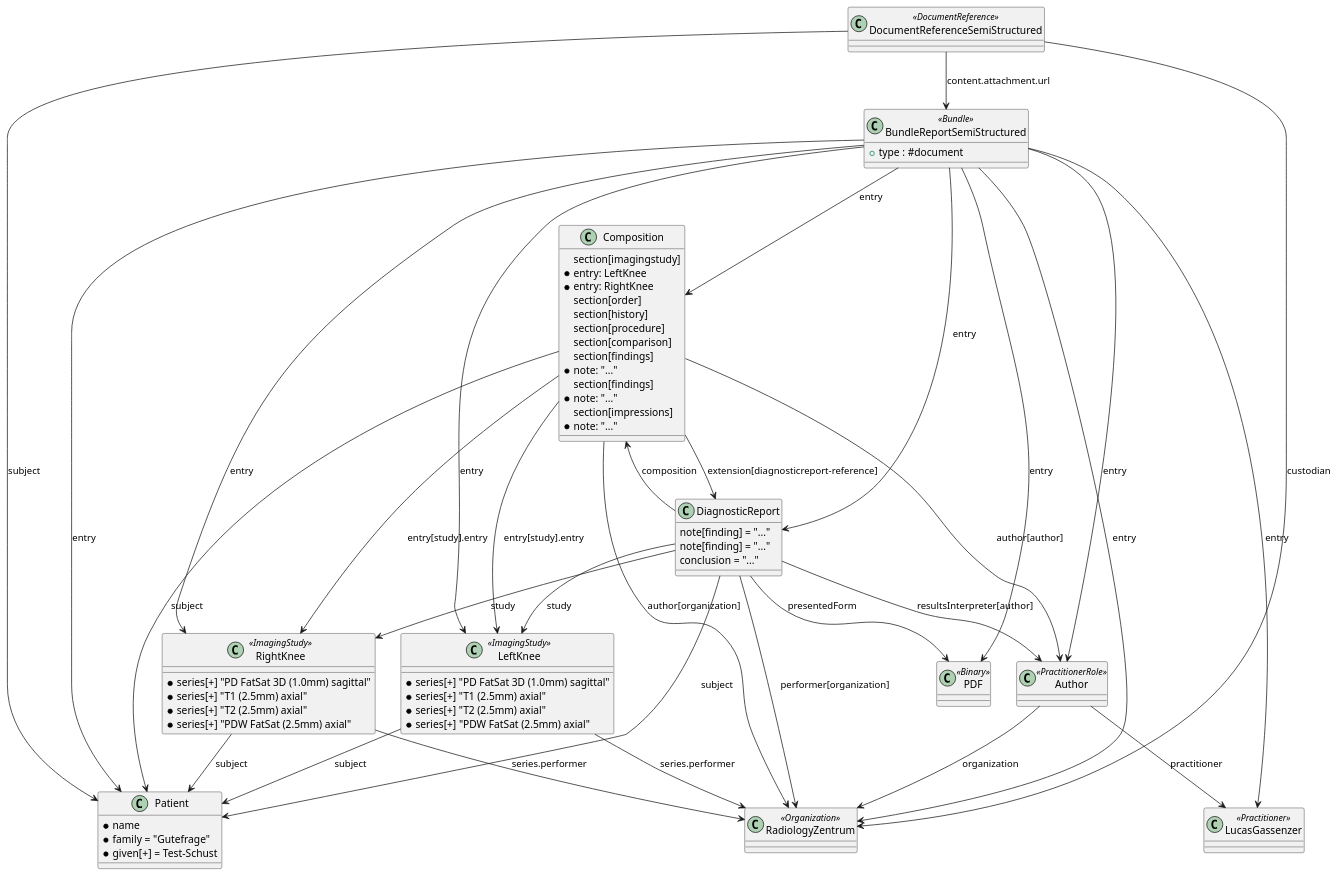
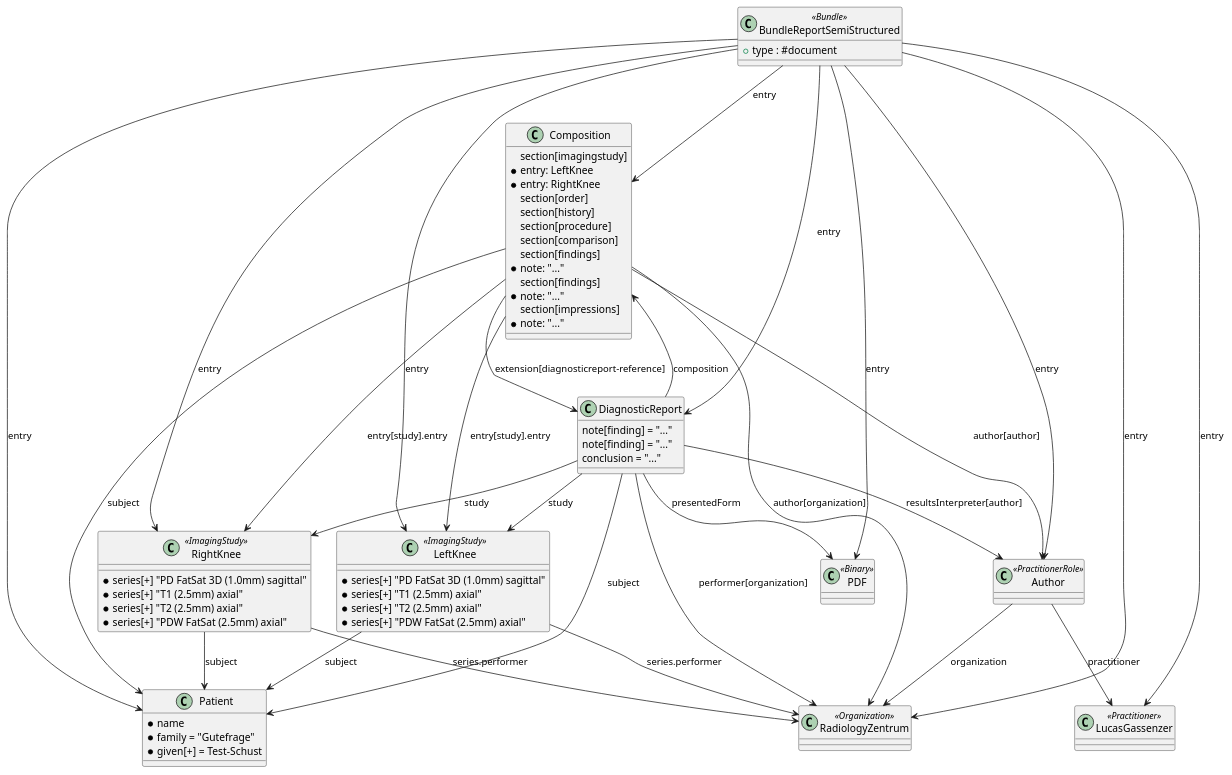
One commit to hl7-eu/imaging changed the diagram in ig-src/input/images-source/example-semi-structured.plantuml. Above: the diagram before and after it, drawn with PlantUML. The commit also changed 51 other files, not shown here.

```diff
--- a/ig-src/input/images-source/example-semi-structured.plantuml
+++ b/ig-src/input/images-source/example-semi-structured.plantuml
@@ -1,89 +1,84 @@
 @startuml
-    DocumentReferenceSemiStructured --> BundleReportSemiStructured: content.attachment.url
-    DocumentReferenceSemiStructured --> Patient: subject
-    DocumentReferenceSemiStructured --> RadiologyZentrum: custodian
-
     BundleReportSemiStructured --> Composition: entry
     BundleReportSemiStructured --> DiagnosticReport: entry
     BundleReportSemiStructured --> Patient: entry
     BundleReportSemiStructured --> LeftKnee: entry
     BundleReportSemiStructured --> RightKnee: entry
     BundleReportSemiStructured --> Author: entry
     BundleReportSemiStructured --> RadiologyZentrum: entry
     BundleReportSemiStructured --> LucasGassenzer: entry
     BundleReportSemiStructured --> PDF: entry
 
     DiagnosticReport --> Composition: composition
     DiagnosticReport --> PDF: presentedForm
     DiagnosticReport --> Patient: subject
     DiagnosticReport --> LeftKnee: study
     DiagnosticReport --> RightKnee: study
     DiagnosticReport --> Author: resultsInterpreter[author]
     DiagnosticReport --> RadiologyZentrum: performer[organization]
     
     LeftKnee --> Patient: subject
     LeftKnee --> RadiologyZentrum: series.performer
     RightKnee --> Patient: subject
     RightKnee --> RadiologyZentrum: series.performer
 
     Composition --> Patient: subject
     Composition --> DiagnosticReport: extension[diagnosticreport-reference]
     Composition --> Author: author[author]
     Composition --> RadiologyZentrum: author[organization]
     Composition --> LeftKnee : entry[study].entry
     Composition --> RightKnee: entry[study].entry
     
     Author --> RadiologyZentrum: organization
     Author --> LucasGassenzer: practitioner
 
-        class DocumentReferenceSemiStructured <<DocumentReference>> [[./DocumentReference-DocumentReferenceSemiStructured.html]]
         class BundleReportSemiStructured <<Bundle>> [[./Bundle-bundle-report-semi-structured.html]] {
             +type : #document
         }
 
         class Author <<PractitionerRole>>
     class RadiologyZentrum <<Organization>>
     class LucasGassenzer <<Practitioner>>
 
     class Patient{
         * name 
           * family = "Gutefrage"
           * given[+] = Test-Schust
     }
     class LeftKnee <<ImagingStudy>>  [[./ImagingStudy-ImagingStudySemiStructuredReport1.html]] {
         * series[+] "PD FatSat 3D (1.0mm) sagittal"
         * series[+] "T1 (2.5mm) axial"
         * series[+] "T2 (2.5mm) axial"
         * series[+] "PDW FatSat (2.5mm) axial"
     }
     class RightKnee <<ImagingStudy>> [[./ImagingStudy-ImagingStudySemiStructuredReport2.html]] {
         * series[+] "PD FatSat 3D (1.0mm) sagittal"
         * series[+] "T1 (2.5mm) axial"
         * series[+] "T2 (2.5mm) axial"
         * series[+] "PDW FatSat (2.5mm) axial"    
     }
     
     class PDF <<Binary>> [[./Binary-BinarySemistructuredReport.html]]
 
     class Composition [[./Composition-CompositionSemiStructured.html]] {
         section[imagingstudy]
         * entry: LeftKnee
         * entry: RightKnee
         section[order]
         section[history]
         section[procedure]
         section[comparison]
         section[findings]
         * note: "..."
         section[findings]
         * note: "..."
         section[impressions]
         * note: "..."
     }
 
     class DiagnosticReport [[./DiagnosticReport-DiagnosticReportSemiStructured.html]] {
         note[finding] = "..."
         note[finding] = "..."
         conclusion = "..."
     }
 @enduml
```
